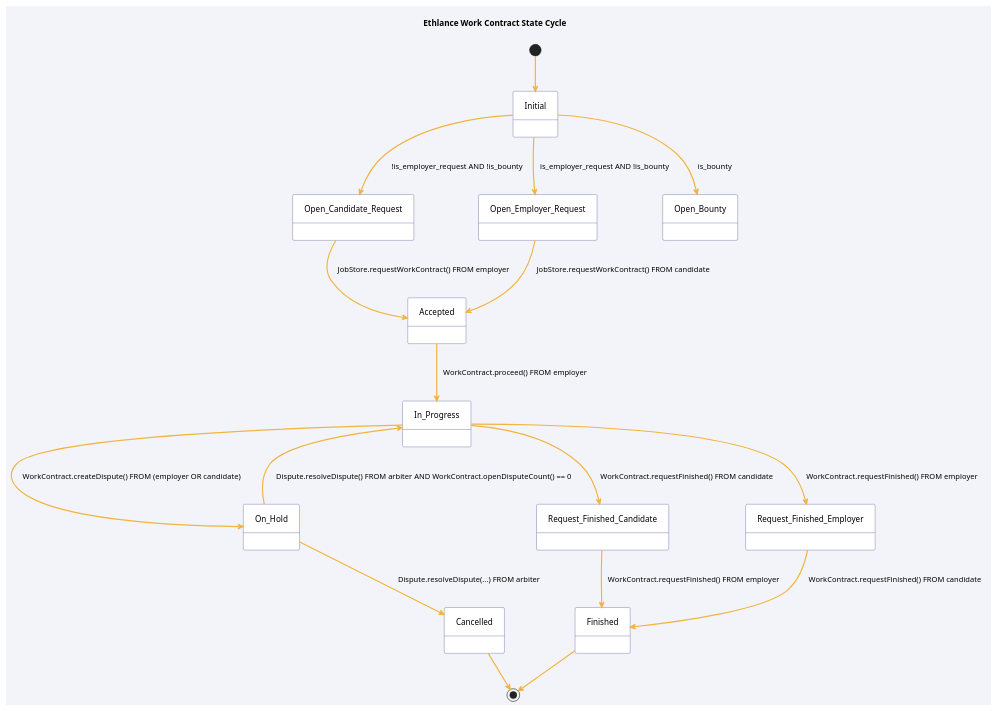
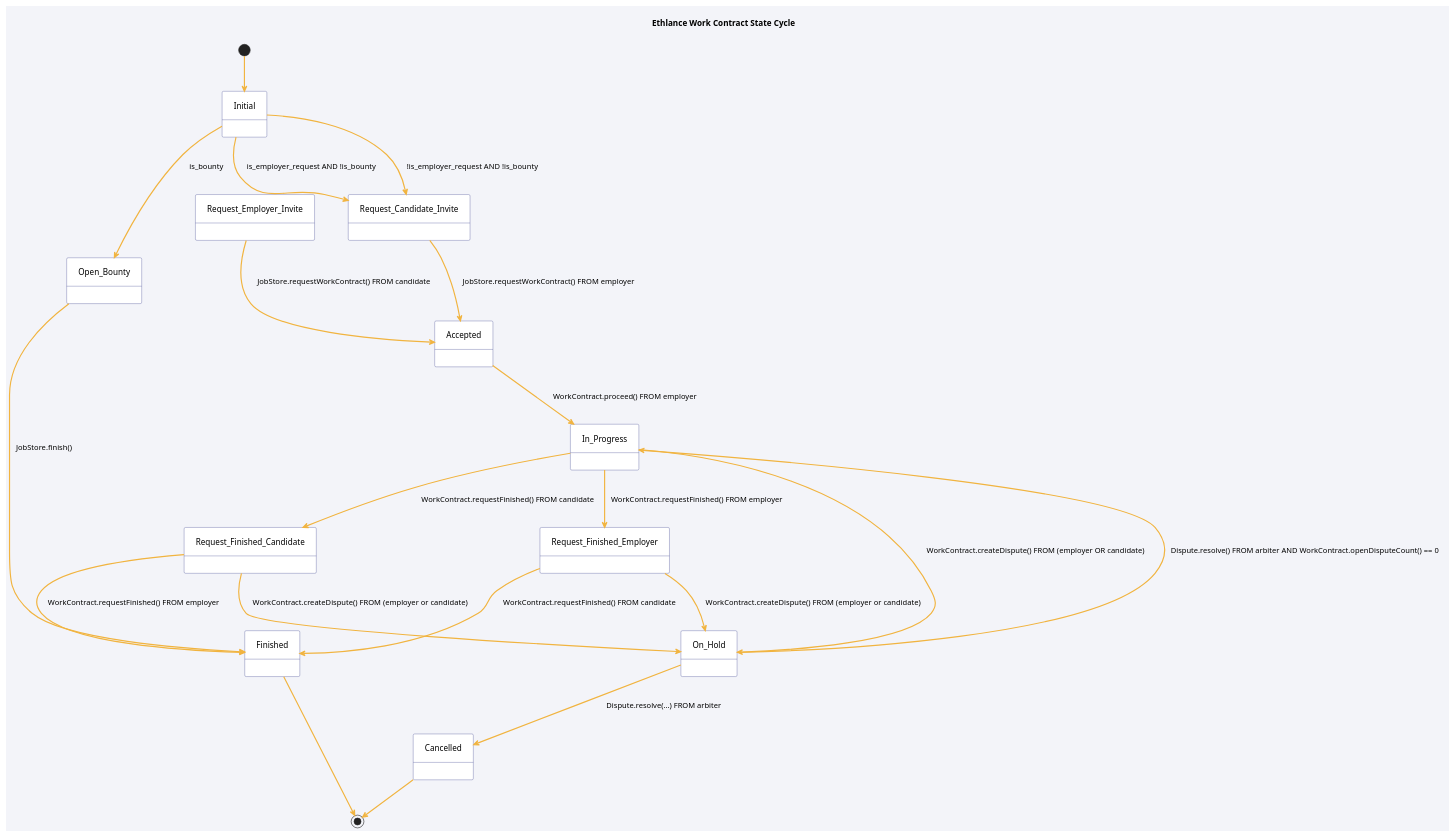
The second of 2 diagrams in docs/spec/ethlance_smart_contracts.org (district0x/ethlance), drawn with PlantUML before and after one commit. The commit also changed 1 other file, not shown here.

Commit message:
Finished state diagram

```diff
--- a/docs/spec/ethlance_smart_contracts.org
+++ b/docs/spec/ethlance_smart_contracts.org
@@ -440,41 +440,45 @@
    #+BEGIN_SRC plantuml :file work_contract_status_diagram.png
 
    skinparam BackgroundColor #F3F4F9
    skinparam RoundCorner 5
    skinparam Padding 10
    skinparam state {
      BackgroundColor White
      ArrowColor #F1B440
      ArrowThickness 2
      BorderColor #292D83
    }
 
    title Ethlance Work Contract State Cycle
 
    [*] --> Initial
 
-   Initial --> Open_Candidate_Request : !is_employer_request AND !is_bounty
-   Initial --> Open_Employer_Request : is_employer_request AND !is_bounty
+   Initial --> Request_Candidate_Invite : !is_employer_request AND !is_bounty
+   Initial --> Request_Candidate_Invite : is_employer_request AND !is_bounty
    Initial --> Open_Bounty : is_bounty
 
-   Open_Candidate_Request --> Accepted : JobStore.requestWorkContract() FROM employer
-   Open_Employer_Request --> Accepted : JobStore.requestWorkContract() FROM candidate
-   
+   Request_Candidate_Invite --> Accepted : JobStore.requestWorkContract() FROM employer
+   Request_Employer_Invite --> Accepted : JobStore.requestWorkContract() FROM candidate
    
    Accepted --> In_Progress : WorkContract.proceed() FROM employer
 
    In_Progress --> On_Hold : WorkContract.createDispute() FROM (employer OR candidate)   
-   On_Hold --> In_Progress : Dispute.resolveDispute() FROM arbiter AND WorkContract.openDisputeCount() == 0
+   On_Hold --> In_Progress : Dispute.resolve() FROM arbiter AND WorkContract.openDisputeCount() == 0
    
    In_Progress --> Request_Finished_Candidate : WorkContract.requestFinished() FROM candidate
    In_Progress --> Request_Finished_Employer : WorkContract.requestFinished() FROM employer
 
+   Request_Finished_Candidate --> On_Hold : WorkContract.createDispute() FROM (employer or candidate)
+   Request_Finished_Employer --> On_Hold : WorkContract.createDispute() FROM (employer or candidate)
+
    Request_Finished_Candidate --> Finished : WorkContract.requestFinished() FROM employer
    Request_Finished_Employer --> Finished : WorkContract.requestFinished() FROM candidate
 
-   On_Hold --> Cancelled : Dispute.resolveDispute(...) FROM arbiter
+   On_Hold --> Cancelled : Dispute.resolve(...) FROM arbiter
+
+   Open_Bounty --> Finished : JobStore.finish()
 
    Finished --> [*]
    Cancelled --> [*]
 
    #+END_SRC
```
